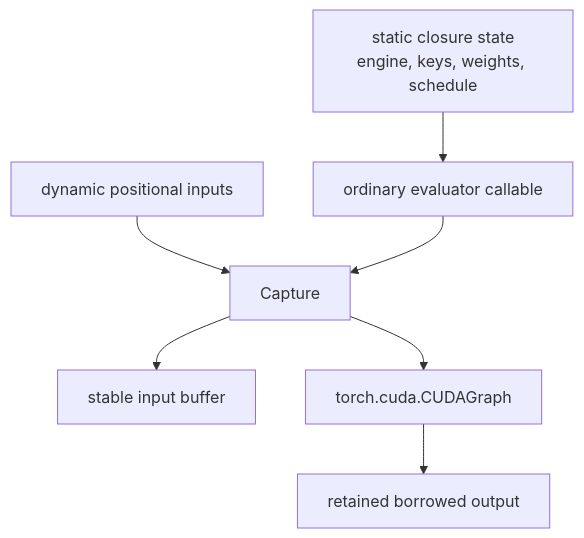
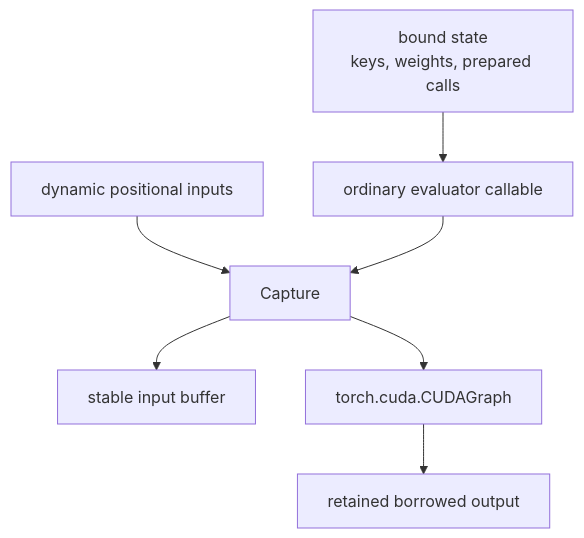
The first of 5 diagrams in docs/concepts/execution/cuda-graph-model.md (visualDust/fhelium), drawn with Mermaid before and after one commit. The commit also changed other lines of this file and 426 other files, not shown here.

````diff
--- a/docs/concepts/execution/cuda-graph-model.md
+++ b/docs/concepts/execution/cuda-graph-model.md
@@ -10,17 +7,17 @@
 ```mermaid
 graph TB
     F[ordinary evaluator callable]
-    STATIC[static closure state<br/>engine, keys, weights, schedule]
+    STATIC[bound state<br/>keys, weights, prepared calls]
     DYNAMIC[dynamic positional inputs]
     CAP[Capture]
     BUFFER[stable input buffer]
     GRAPH[torch.cuda.CUDAGraph]
     OUTPUT[retained borrowed output]
 
     STATIC --> F
     DYNAMIC --> CAP
     F --> CAP
     CAP --> BUFFER
     CAP --> GRAPH
     GRAPH --> OUTPUT
 ```
````
